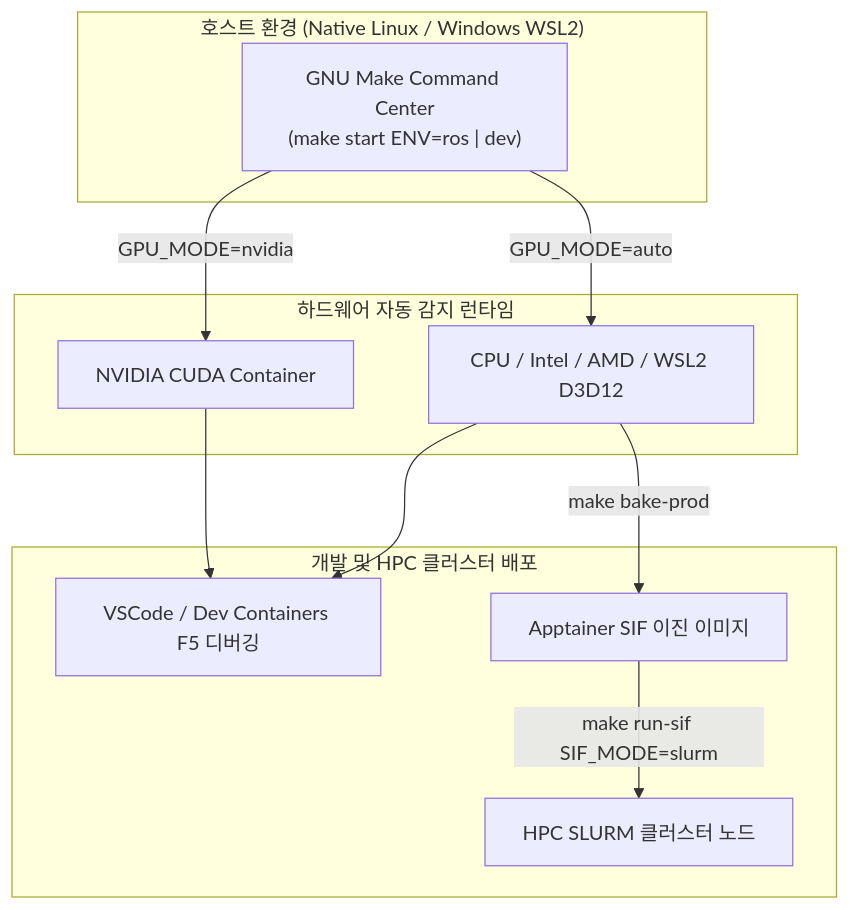
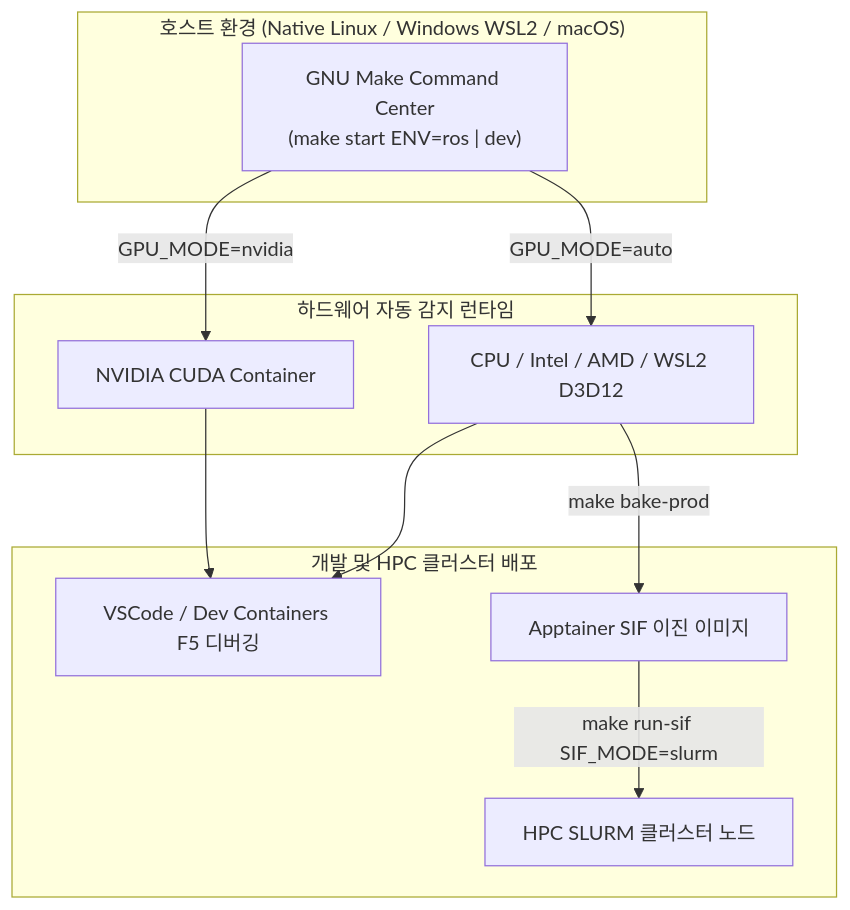
The diagram in README.md (Lee-hwansoo/Dev-Template), drawn with Mermaid before and after one commit. The commit also changed other lines of this file and 4 other files, not shown here.

````diff
--- a/README.md
+++ b/README.md
@@ -24,24 +24,24 @@
 ```mermaid
 graph TD
-    subgraph host["호스트 환경 (Native Linux / Windows WSL2)"]
+    subgraph host["호스트 환경 (Native Linux / Windows WSL2 / macOS)"]
         MakeCenter["GNU Make Command Center<br/>(make start ENV=ros | dev)"]
     end
 
     subgraph runtimes["하드웨어 자동 감지 런타임"]
         DockerCPU["CPU / Intel / AMD / WSL2 D3D12"]
         DockerNvidia["NVIDIA CUDA Container"]
     end
 
     subgraph deploy["개발 및 HPC 클러스터 배포"]
         VSCode["VSCode / Dev Containers F5 디버깅"]
         SIF["Apptainer SIF 이진 이미지"]
         SLURM["HPC SLURM 클러스터 노드"]
     end
 
     MakeCenter -->|GPU_MODE=auto| DockerCPU
     MakeCenter -->|GPU_MODE=nvidia| DockerNvidia
     DockerCPU --> VSCode
     DockerNvidia --> VSCode
     DockerCPU -->|make bake-prod| SIF
     SIF -->|make run-sif SIF_MODE=slurm| SLURM
 ```
````
